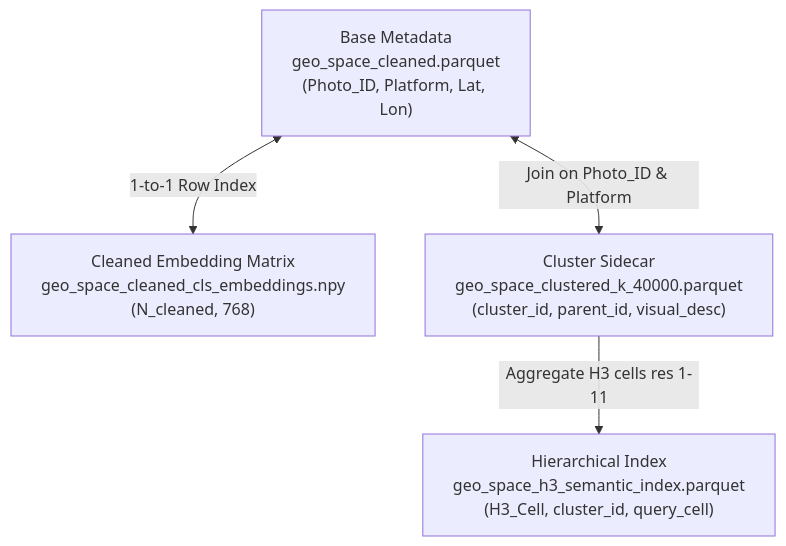
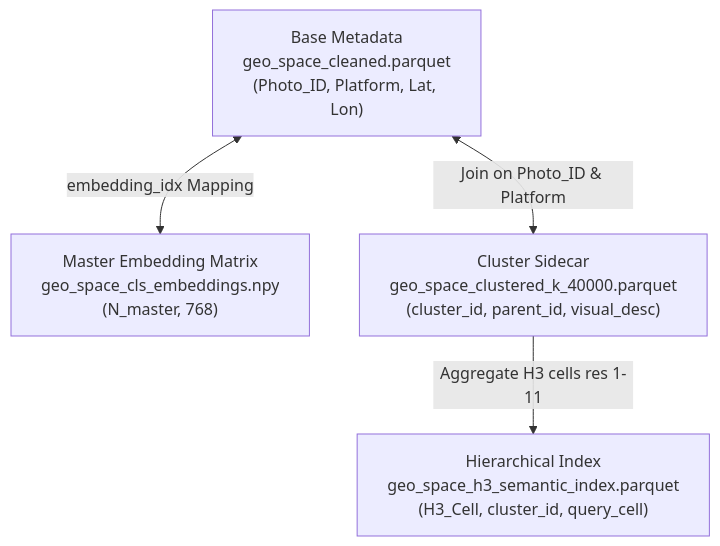
The diagram in docs/dataset.md (ananthu-aniraj/geo-rag), drawn with Mermaid before and after one commit. The commit also changed other lines of this file and 3 other files, not shown here.

````diff
--- a/docs/dataset.md
+++ b/docs/dataset.md
@@ -37,6 +36,6 @@
 ```mermaid
 graph TD
-    A["Base Metadata<br>geo_space_cleaned.parquet<br>(Photo_ID, Platform, Lat, Lon)"] <-->|1-to-1 Row Index| B["Cleaned Embedding Matrix<br>geo_space_cleaned_cls_embeddings.npy<br>(N_cleaned, 768)"]
+    A["Base Metadata<br>geo_space_cleaned.parquet<br>(Photo_ID, Platform, Lat, Lon)"] <-->|embedding_idx Mapping| B["Master Embedding Matrix<br>geo_space_cls_embeddings.npy<br>(N_master, 768)"]
     A <-->|Join on Photo_ID & Platform| C["Cluster Sidecar<br>geo_space_clustered_k_40000.parquet<br>(cluster_id, parent_id, visual_desc)"]
     C -->|Aggregate H3 cells res 1-11| D["Hierarchical Index<br>geo_space_h3_semantic_index.parquet<br>(H3_Cell, cluster_id, query_cell)"]
 ```
````
